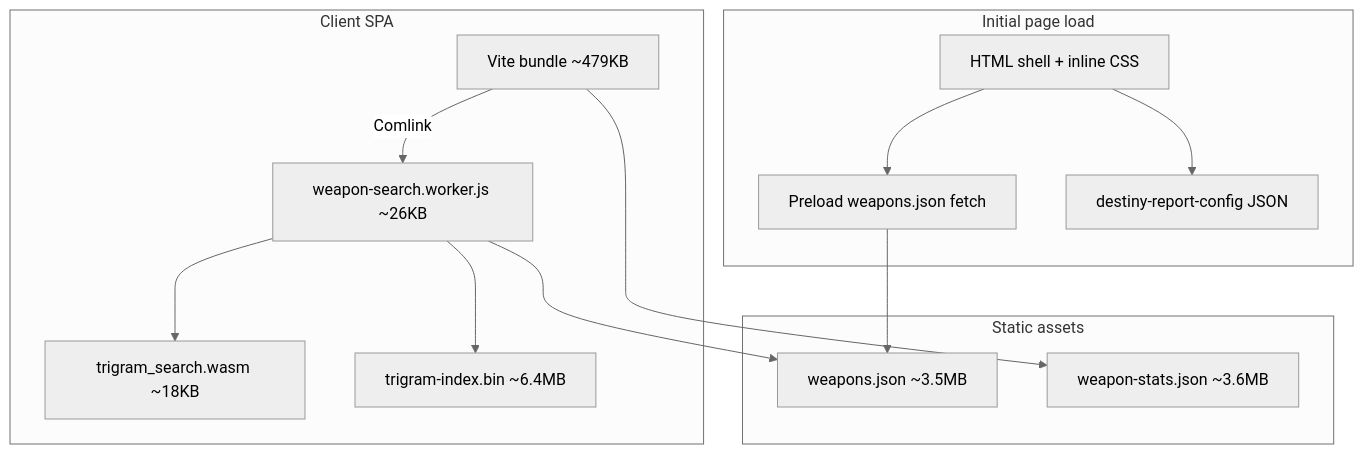
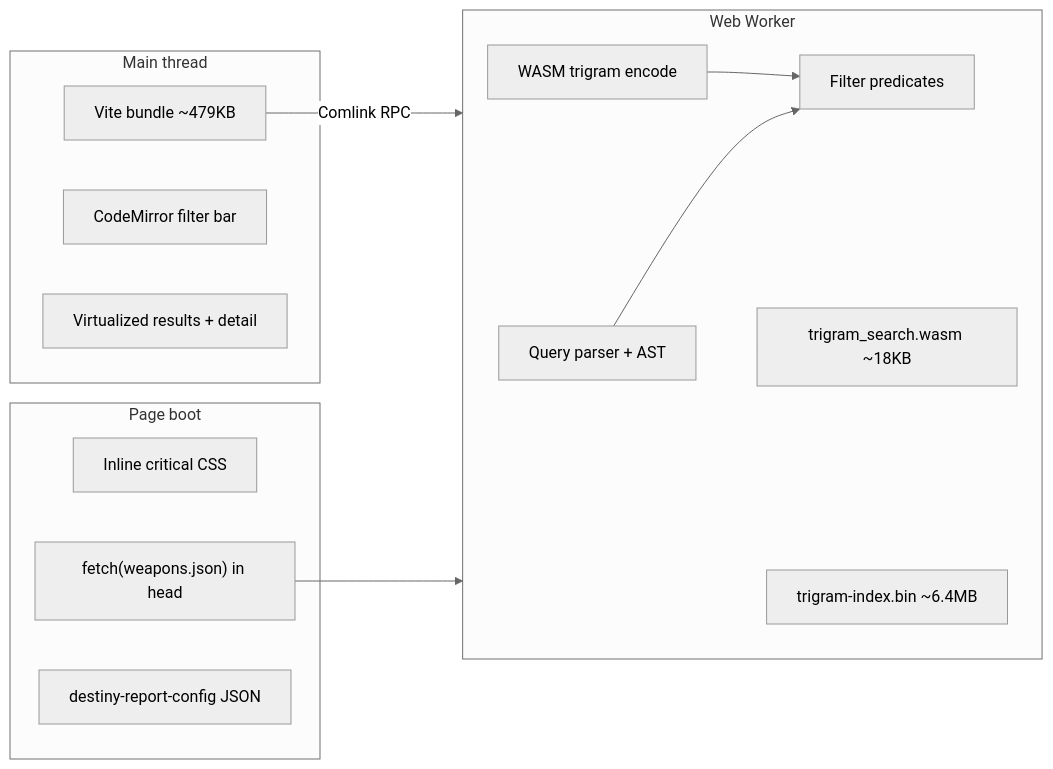
Before and after one commit to NoahHendrickson/noeyarmory: the diagram in docs/destiny-report-research.md, drawn with Mermaid (neutral theme). The commit also changed other lines of this file, not shown here.

First line of the commit message:
docs: refocus destiny.report research on perf, search, and index

````diff
--- a/docs/destiny-report-research.md
+++ b/docs/destiny-report-research.md
@@ -40,29 +32,29 @@
 ```mermaid
-flowchart TB
-  subgraph boot [Initial page load]
-    HTML[HTML shell + inline CSS]
-    Preload[Preload weapons.json fetch]
+flowchart LR
+  subgraph boot [Page boot]
+    HTML[Inline critical CSS]
+    Preload["fetch(weapons.json) in head"]
     Config[destiny-report-config JSON]
-    HTML --> Preload
-    HTML --> Config
   end
 
-  subgraph app [Client SPA]
-  Main[Vite bundle ~479KB]
-  Worker[weapon-search.worker.js ~26KB]
-  WASM[trigram_search.wasm ~18KB]
-  Index[trigram-index.bin ~6.4MB]
-  Main -->|Comlink| Worker
-  Worker --> WASM
-  Worker --> Index
+  subgraph main [Main thread]
+    SPA[Vite bundle ~479KB]
+    CM[CodeMirror filter bar]
+    UI[Virtualized results + detail]
   end
 
-  subgraph data [Static assets]
-  Weapons[weapons.json ~3.5MB]
-  Stats[weapon-stats.json ~3.6MB]
+  subgraph worker [Web Worker]
+    Parse[Query parser + AST]
+    Pred[Filter predicates]
+    Tri[WASM trigram encode]
+    WASM[trigram_search.wasm ~18KB]
+    BIN[trigram-index.bin ~6.4MB]
   end
 
-  Preload --> Weapons
-  Worker --> Weapons
-  Main --> Stats
+  Preload --> worker
+  SPA -->|Comlink RPC| worker
+  worker --> WASM
+  worker --> BIN
+  Parse --> Pred
+  Tri --> Pred
 ```
````
